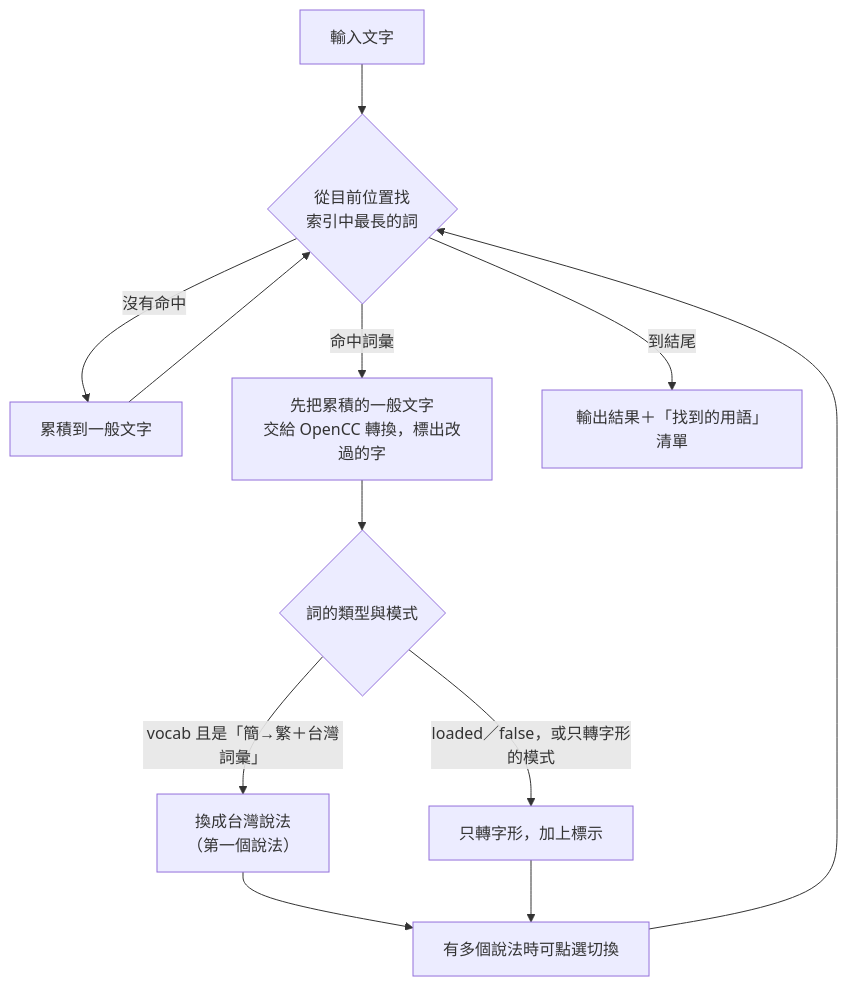
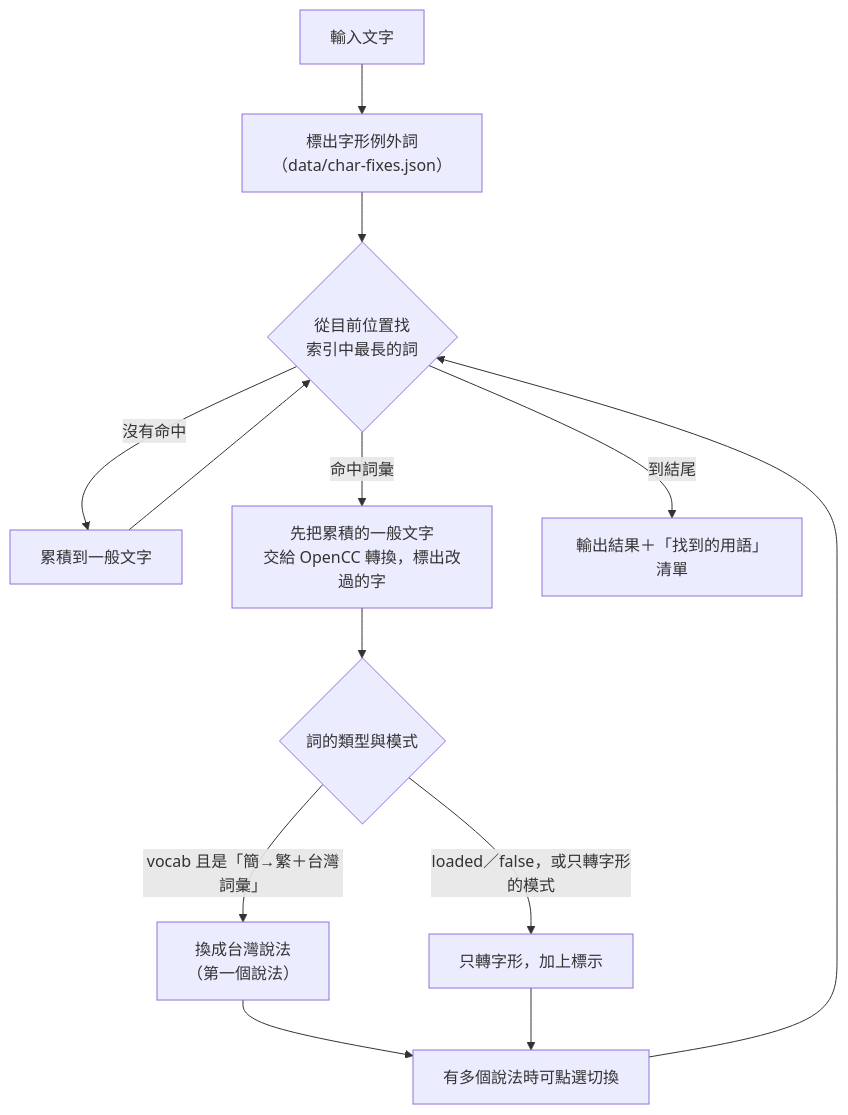
Before and after one commit to Zhang-RenWen/cn-tw-terms: the second of 4 diagrams in docs/ARCHITECTURE.md, drawn with Mermaid. The commit also changed other lines of this file and 5 other files, not shown here.

````diff
--- a/docs/ARCHITECTURE.md
+++ b/docs/ARCHITECTURE.md
@@ -82,14 +83,15 @@
 ```mermaid
 flowchart TD
-  input["輸入文字"] --> scan{"從目前位置找<br/>索引中最長的詞"}
+  input["輸入文字"] --> fix["標出字形例外詞<br/>（data/char-fixes.json）"]
+  fix --> scan{"從目前位置找<br/>索引中最長的詞"}
   scan -- "沒有命中" --> buf["累積到一般文字"]
   buf --> scan
   scan -- "命中詞彙" --> flush["先把累積的一般文字<br/>交給 OpenCC 轉換，標出改過的字"]
   flush --> kind{"詞的類型與模式"}
   kind -- "vocab 且是「簡→繁＋台灣詞彙」" --> replace["換成台灣說法<br/>（第一個說法）"]
   kind -- "loaded／false，或只轉字形的模式" --> mark["只轉字形，加上標示"]
   replace --> pick["有多個說法時可點選切換"]
   mark --> pick
   pick --> scan
   scan -- "到結尾" --> out["輸出結果＋「找到的用語」清單"]
 ```
````
